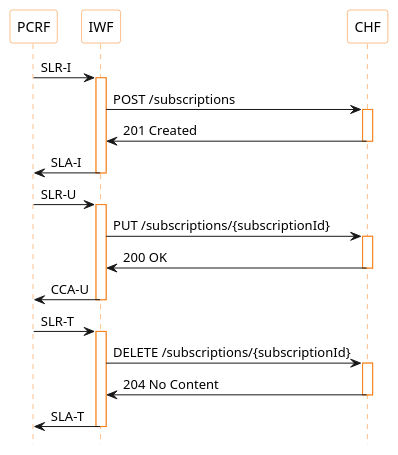
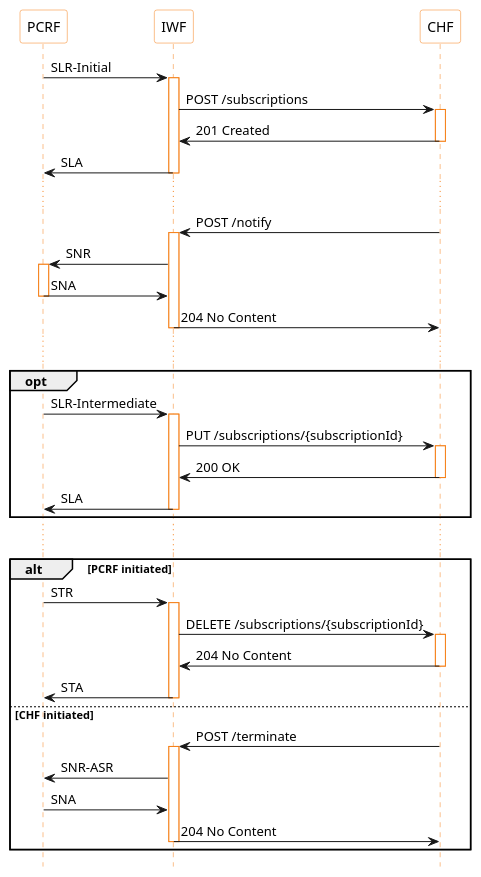
The diagram in doc/pcrf-iwf-chf-msc.puml (sigscale/cse), drawn with PlantUML before and after one commit. The commit also changed 6 other files, not shown here.

```diff
--- a/doc/pcrf-iwf-chf-msc.puml
+++ b/doc/pcrf-iwf-chf-msc.puml
@@ -1,42 +1,62 @@
 @startuml
 
 skinparam shadowing false
 skinparam sequence {
 ParticipantBorderColor #f57f17
 ParticipantBackgroundColor white
 LifeLineBorderColor #f57f17
 LifeLineBackgroundColor white
 }
 participant PCRF as pcrf
 participant IWF as iwf
 participant CHF as chf
 hide footbox
 
-pcrf -> iwf : SLR-I
+pcrf -> iwf : SLR-Initial
 activate iwf
 iwf -> chf : POST /subscriptions
 activate chf
 iwf <- chf : 201 Created
 deactivate chf
-pcrf <- iwf : SLA-I
+pcrf <- iwf : SLA
 deactivate iwf
-
-pcrf -> iwf : SLR-U
+...
+iwf <- chf : POST /notify
+activate iwf
+pcrf <- iwf : SNR
+activate pcrf
+pcrf -> iwf : SNA
+deactivate pcrf
+iwf -> chf : 204 No Content
+deactivate iwf
+...
+opt
+pcrf -> iwf : SLR-Intermediate
 activate iwf
 iwf -> chf : PUT /subscriptions/{subscriptionId}
 activate chf
 iwf <- chf : 200 OK
 deactivate chf
-pcrf <- iwf : CCA-U
+pcrf <- iwf : SLA
 deactivate iwf
-
-pcrf -> iwf : SLR-T
+end
+...
+alt PCRF initiated
+pcrf -> iwf : STR
 activate iwf
 iwf -> chf : DELETE /subscriptions/{subscriptionId}
 activate chf
 iwf <- chf : 204 No Content
 deactivate chf
-pcrf <- iwf : SLA-T
+pcrf <- iwf : STA
 deactivate iwf
+else CHF initiated
+iwf <- chf : POST /terminate
+activate iwf
+pcrf <- iwf : SNR-ASR
+pcrf -> iwf : SNA
+iwf -> chf : 204 No Content
+deactivate iwf
+end
 
 @enduml
```
